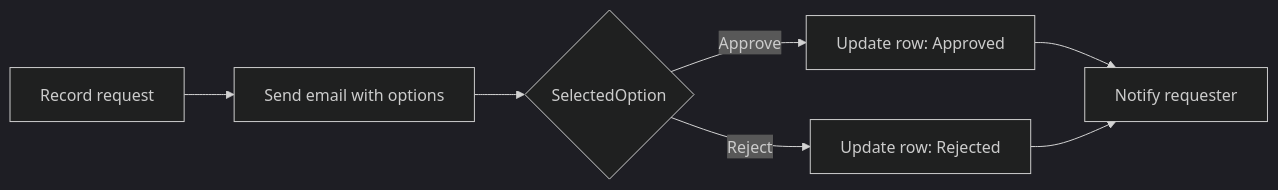
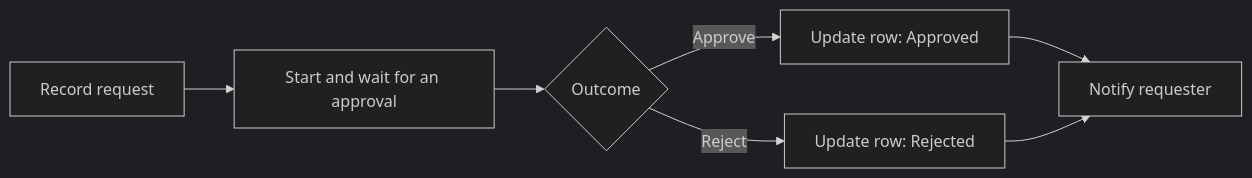
Before and after one commit to teerasej/cpall-gosoft-power-automate-2026: the diagram in exercises/03-ask-for-a-decision/README.md, drawn with Mermaid (dark theme). The commit also changed other lines of this file and 11 other files, not shown here.

````diff
--- a/exercises/03-ask-for-a-decision/README.md
+++ b/exercises/03-ask-for-a-decision/README.md
@@ -14,9 +14,9 @@
 ```mermaid
 flowchart LR
-    A["Record request"] --> B["Send email with options"]
-    B --> C{"SelectedOption"}
+    A["Record request"] --> B["Start and wait for an approval"]
+    B --> C{"Outcome"}
     C -->|Approve| D["Update row: Approved"]
     C -->|Reject| E["Update row: Rejected"]
     D --> F["Notify requester"]
     E --> F
 ```
````
